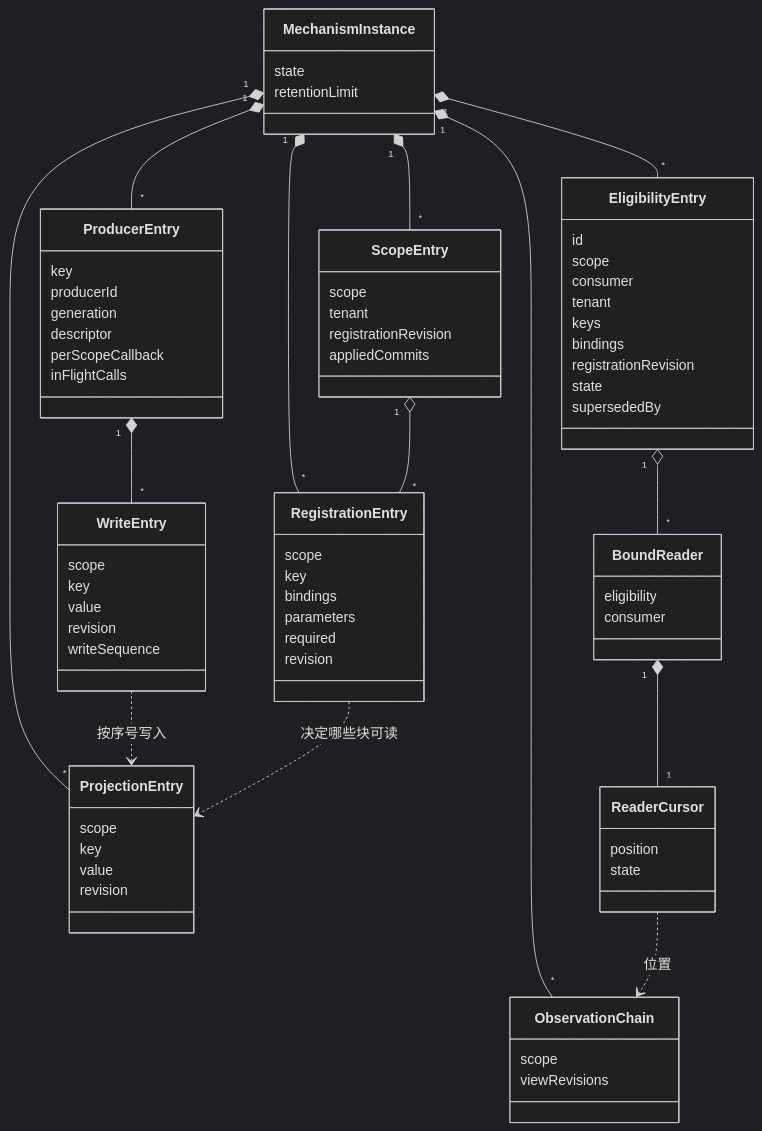
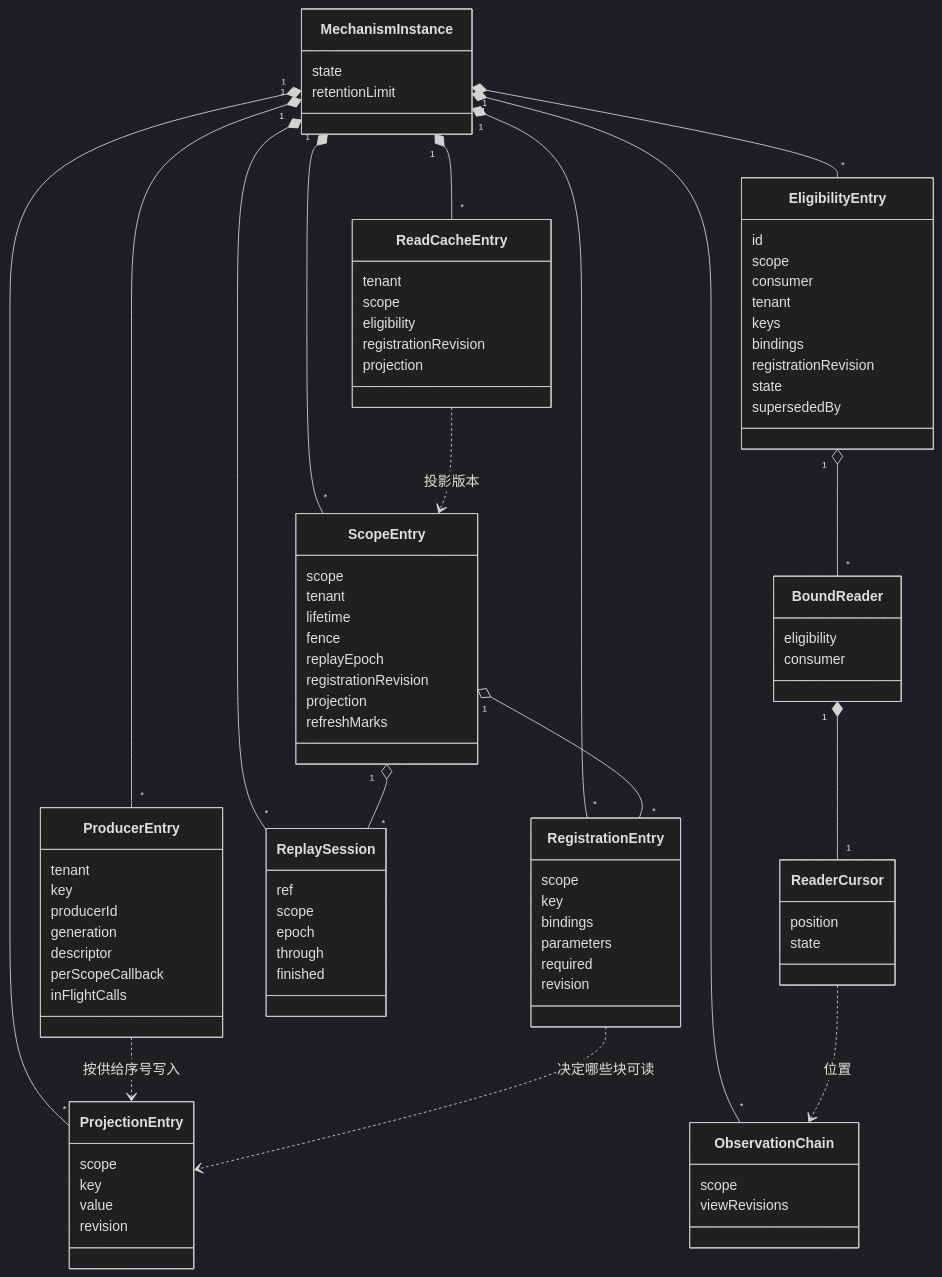
One commit to nemori-ai/omne-harness-lite changed the first of 2 diagrams in packages/context/runtime-context/docs/object-model.md. Above: the diagram before and after it, drawn with Mermaid (dark theme). The commit also changed other lines of this file and 26 other files, not shown here.

````diff
--- a/packages/context/runtime-context/docs/object-model.md
+++ b/packages/context/runtime-context/docs/object-model.md
@@ -36,10 +40,15 @@
   class ScopeEntry {
     scope
     tenant
+    lifetime
+    fence
+    replayEpoch
     registrationRevision
-    appliedCommits
+    projection
+    refreshMarks
   }
   class ProducerEntry {
+    tenant
     key
     producerId
     generation
@@ -47,12 +56,19 @@
     perScopeCallback
     inFlightCalls
   }
-  class WriteEntry {
+  class ReplaySession {
+    ref
     scope
-    key
-    value
-    revision
-    writeSequence
+    epoch
+    through
+    finished
+  }
+  class ReadCacheEntry {
+    tenant
+    scope
+    eligibility
+    registrationRevision
+    projection
   }
   class ProjectionEntry {
     scope
@@ -90,10 +106,13 @@
   MechanismInstance "1" *-- "*" ObservationChain
   MechanismInstance "1" *-- "*" EligibilityEntry
   ScopeEntry "1" o-- "*" RegistrationEntry
-  ProducerEntry "1" *-- "*" WriteEntry
+  MechanismInstance "1" *-- "*" ReplaySession
+  MechanismInstance "1" *-- "*" ReadCacheEntry
+  ScopeEntry "1" o-- "*" ReplaySession
   EligibilityEntry "1" o-- "*" BoundReader
   BoundReader "1" *-- "1" ReaderCursor
   ReaderCursor ..> ObservationChain : 位置
-  WriteEntry ..> ProjectionEntry : 按序号写入
+  ProducerEntry ..> ProjectionEntry : 按供给序号写入
+  ReadCacheEntry ..> ScopeEntry : 投影版本
   RegistrationEntry ..> ProjectionEntry : 决定哪些块可读
 ```
````
